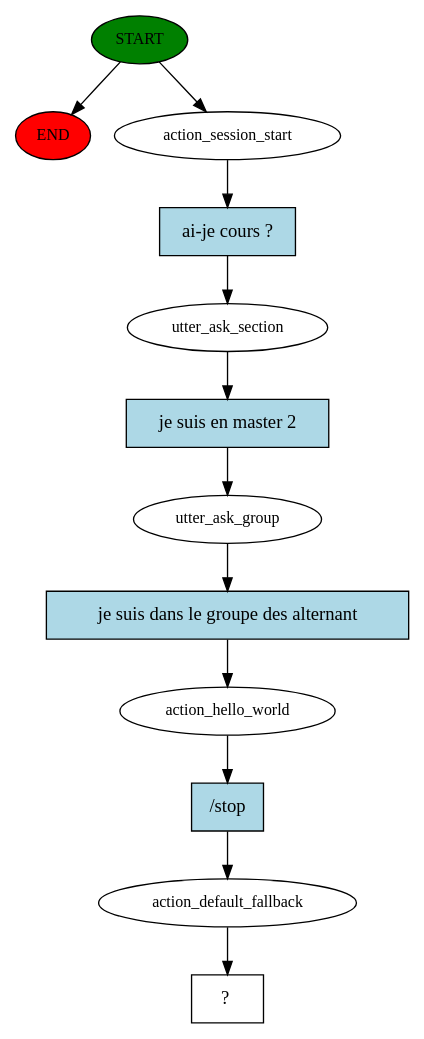
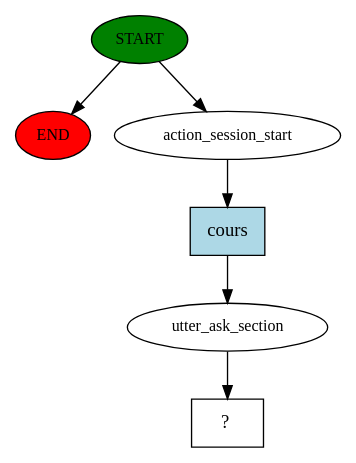
One commit to AdelChabli/RasaProject changed the diagram in story_graph.dot. Above: the diagram before and after it, drawn with Graphviz. The commit also changed 11 other files, not shown here.

```diff
--- a/story_graph.dot
+++ b/story_graph.dot
@@ -1,25 +1,13 @@
 digraph  {
 0 [class="start active", fillcolor=green, fontsize=12, label=START, style=filled];
 "-1" [class=end, fillcolor=red, fontsize=12, label=END, style=filled];
 1 [class=active, fontsize=12, label=action_session_start];
 2 [class=active, fontsize=12, label=utter_ask_section];
-3 [class=active, fontsize=12, label=utter_ask_group];
-4 [class=active, fontsize=12, label=action_hello_world];
-5 [class=active, fontsize=12, label=action_default_fallback];
-6 [class="intent dashed active", label="  ?  ", shape=rect];
-7 [class="intent active", fillcolor=lightblue, label="ai-je cours ?", shape=rect, style=filled];
-8 [class="intent active", fillcolor=lightblue, label="je suis en master 2", shape=rect, style=filled];
-9 [class="intent active", fillcolor=lightblue, label="je suis dans le groupe des alternant", shape=rect, style=filled];
-10 [class="intent active", fillcolor=lightblue, label="/stop", shape=rect, style=filled];
+3 [class="intent dashed active", label="  ?  ", shape=rect];
+4 [class="intent active", fillcolor=lightblue, label=cours, shape=rect, style=filled];
 0 -> "-1"  [class="", key=NONE, label=""];
 0 -> 1  [class=active, key=NONE, label=""];
-1 -> 7  [class=active, key=0];
-2 -> 8  [class=active, key=0];
-3 -> 9  [class=active, key=0];
-4 -> 10  [class=active, key=0];
-5 -> 6  [class=active, key=NONE, label=""];
-7 -> 2  [class=active, key=0];
-8 -> 3  [class=active, key=0];
-9 -> 4  [class=active, key=0];
-10 -> 5  [class=active, key=0];
+1 -> 4  [class=active, key=0];
+2 -> 3  [class=active, key=NONE, label=""];
+4 -> 2  [class=active, key=0];
 }
```
